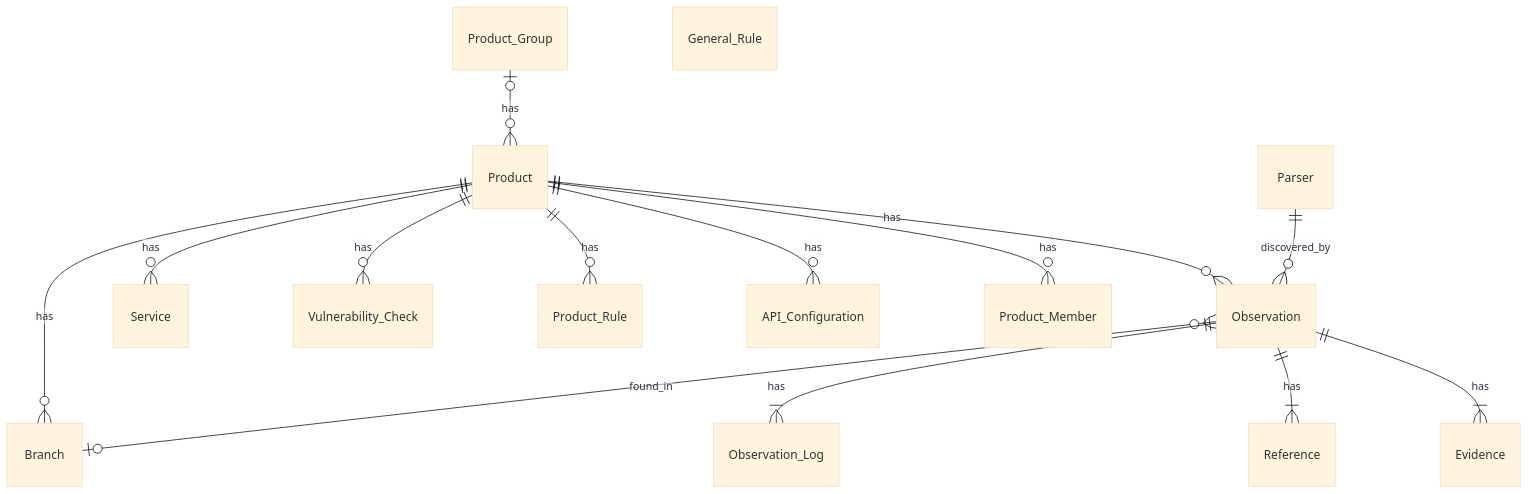
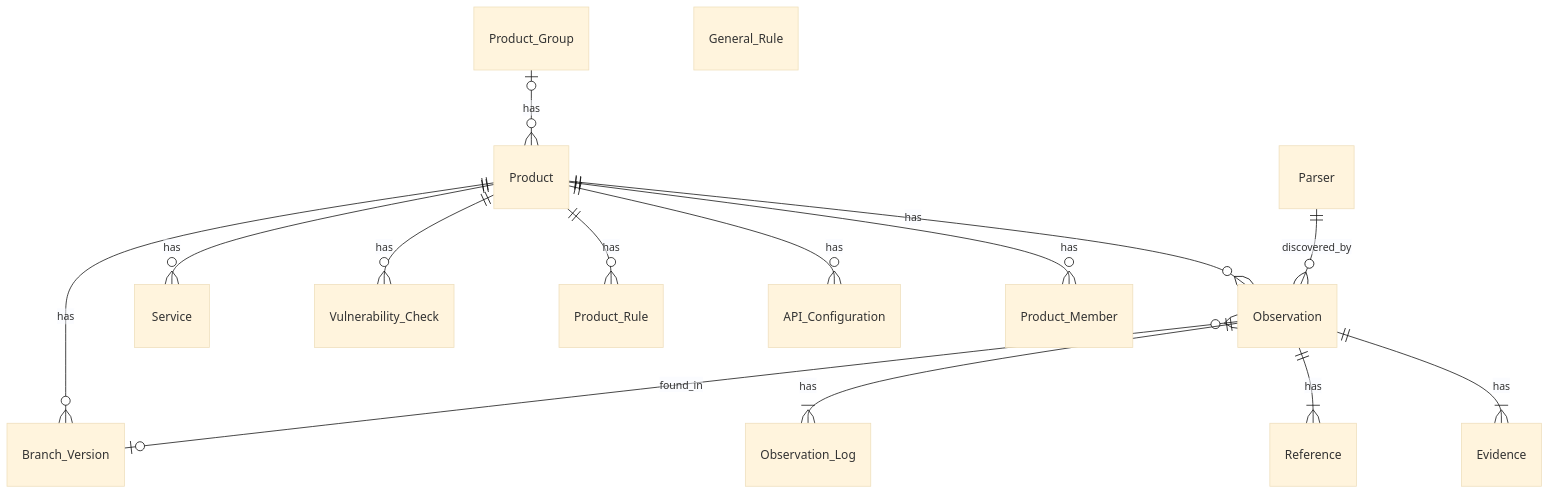
Before and after one commit to MaibornWolff/SecObserve: the diagram in docs/getting_started/data_model.md, drawn with Mermaid (base theme). The commit also changed other lines of this file and 29 other files, not shown here.

Commit message:
chore: rename branch to branch / version (#1175)

````diff
--- a/docs/getting_started/data_model.md
+++ b/docs/getting_started/data_model.md
@@ -3,17 +3,17 @@
 ``` mermaid
 erDiagram
     Product_Group |o--o{ Product : has
     Product ||--o{ Observation : has
-    Product ||--o{ Branch : has
+    Product ||--o{ Branch_Version : has
     Product ||--o{ Service : has
     Product ||--o{ Vulnerability_Check : has
     Product ||--o{ Product_Rule : has
     Product ||--o{ API_Configuration : has
     Product ||--o{ Product_Member : has
     Parser ||--o{ Observation: discovered_by
-    Observation }o--o| Branch: found_in
+    Observation }o--o| Branch_Version: found_in
     Observation ||--|{ Observation_Log : has
     Observation ||--|{ Reference : has
     Observation ||--|{ Evidence : has
     General_Rule
 ```
````
